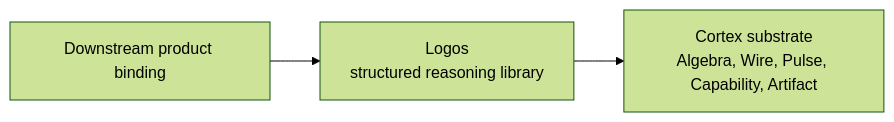
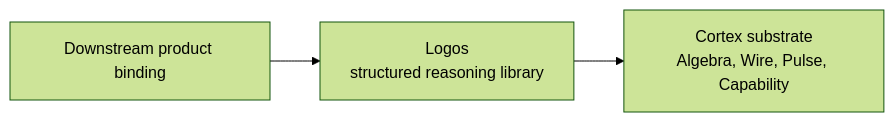
Before and after one commit to Digimuoto/cortex: the diagram in docs/Consumers/Logos/reasoning-library.md, drawn with Mermaid (forest theme). The commit also changed other lines of this file and 60 other files, not shown here.

````diff
--- a/docs/Consumers/Logos/reasoning-library.md
+++ b/docs/Consumers/Logos/reasoning-library.md
@@ -33,5 +33,5 @@
 ```mermaid
 flowchart LR
     Product[Downstream product binding] --> Logos[Logos<br/>structured reasoning library]
-    Logos --> Runtime[Cortex substrate<br/>Algebra, Wire, Pulse, Capability, Artifact]
+    Logos --> Runtime[Cortex substrate<br/>Algebra, Wire, Pulse, Capability]
 ```
````
